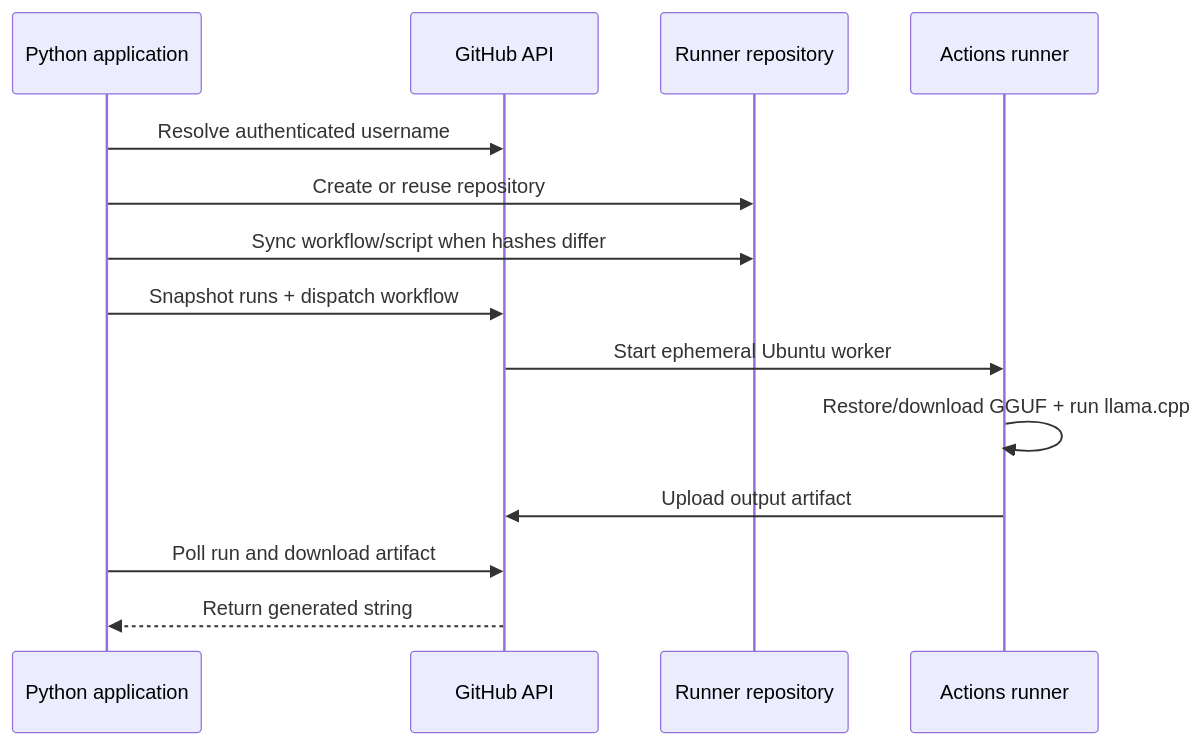
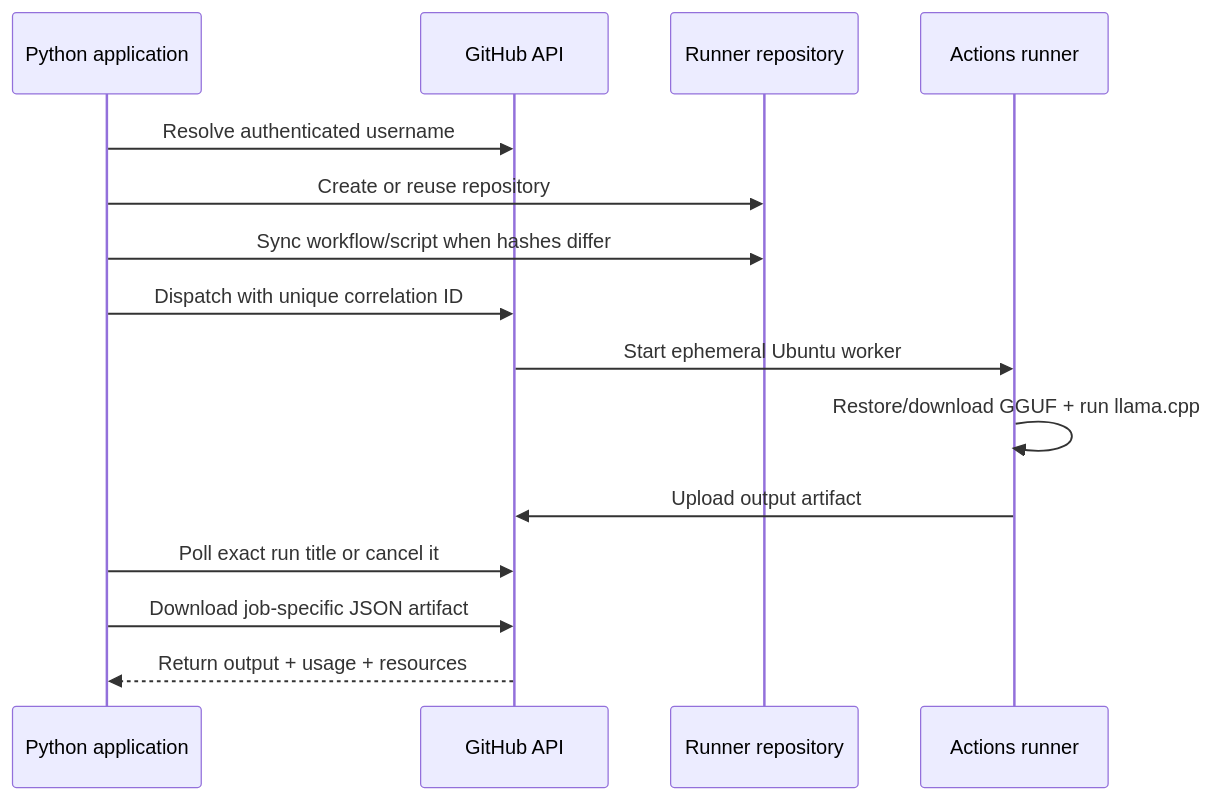
One commit to TanishC4444/github-ai changed the diagram in README.md. Above: the diagram before and after it, drawn with Mermaid. The commit also changed other lines of this file and 17 other files, not shown here.

````diff
--- a/README.md
+++ b/README.md
@@ -26,17 +26,18 @@
 ```mermaid
 sequenceDiagram
     participant App as Python application
     participant API as GitHub API
     participant Repo as Runner repository
     participant Job as Actions runner
 
     App->>API: Resolve authenticated username
     App->>Repo: Create or reuse repository
     App->>Repo: Sync workflow/script when hashes differ
-    App->>API: Snapshot runs + dispatch workflow
+    App->>API: Dispatch with unique correlation ID
     API->>Job: Start ephemeral Ubuntu worker
     Job->>Job: Restore/download GGUF + run llama.cpp
     Job->>API: Upload output artifact
-    App->>API: Poll run and download artifact
-    API-->>App: Return generated string
+    App->>API: Poll exact run title or cancel it
+    App->>API: Download job-specific JSON artifact
+    API-->>App: Return output + usage + resources
 ```
````
